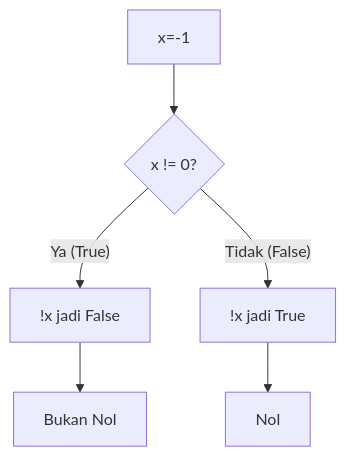
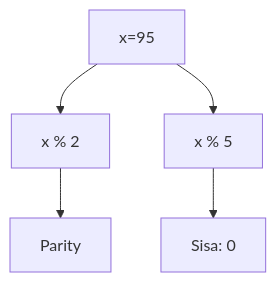
Diagram 16 of 25 in part-c-pemahaman-cpp/02-percabangan/latihan/set-06.md (amnahwaida/OSNK_INF_PREP), drawn with Mermaid before and after one commit. The commit also changed other lines of this file and 71 other files, not shown here.

````diff
--- a/part-c-pemahaman-cpp/02-percabangan/latihan/set-06.md
+++ b/part-c-pemahaman-cpp/02-percabangan/latihan/set-06.md
@@ -460,8 +476,7 @@
 ```mermaid
 graph TD
-    A[x=-1] --> B{x != 0?}
-    B -- Ya (True) --> C["!x jadi False"]
-    B -- Tidak (False) --> D["!x jadi True"]
-    C --> E[Bukan Nol]
-    D --> F[Nol]
+A[x=95] --> B[x % 2]
+B --> C[Parity]
+A --> D[x % 5]
+D --> E[Sisa: 0]
 ```
````
